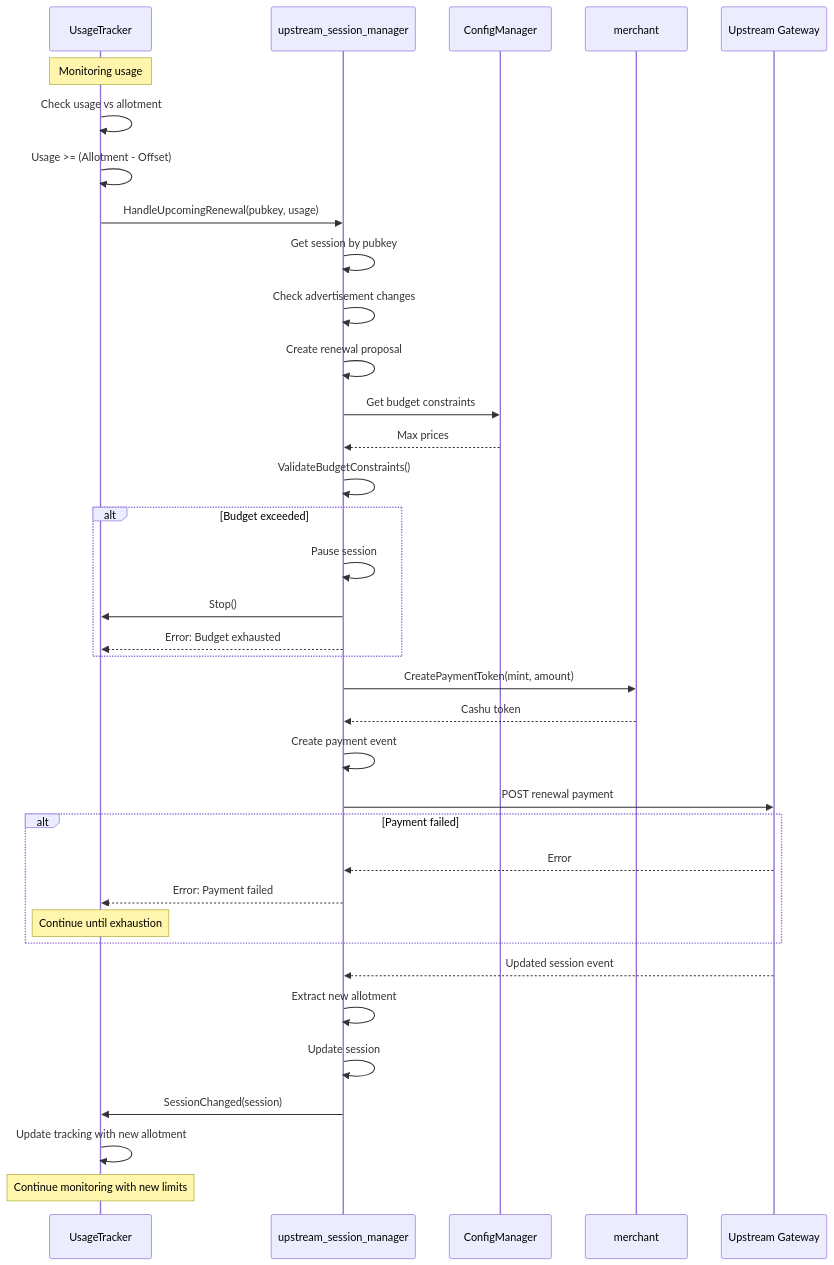
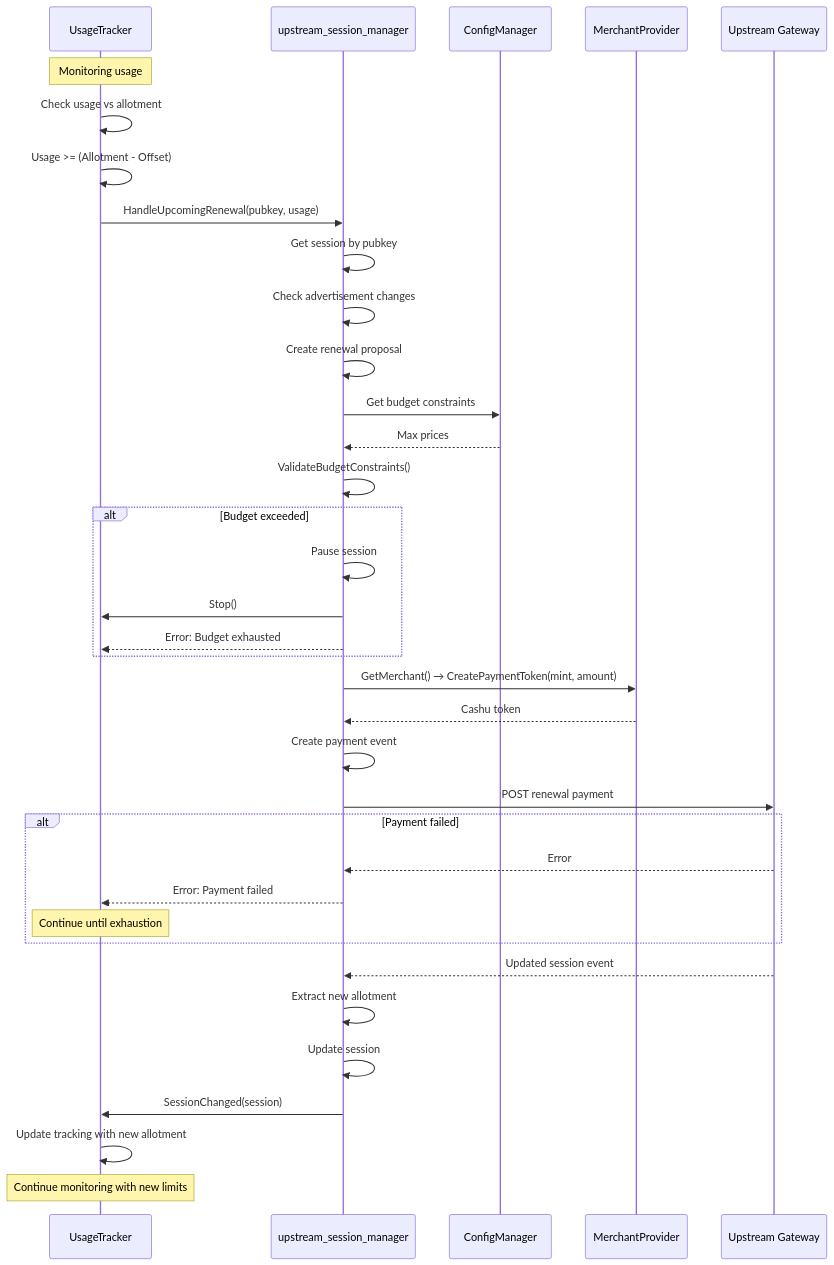
The seventh of 8 diagrams in docs/upstream_session_manager.md (OpenTollGate/tollgate-module-basic-go), drawn with Mermaid before and after one commit. The commit also changed other lines of this file and 4 other files, not shown here.

First line of the commit message:
docs: update documentation for degraded mode architecture (PRs #138-#140)

````diff
--- a/docs/upstream_session_manager.md
+++ b/docs/upstream_session_manager.md
@@ -525,48 +541,48 @@
 ```mermaid
 sequenceDiagram
     participant UT as UsageTracker
     participant CH as upstream_session_manager
     participant CFG as ConfigManager
-    participant MR as merchant
+    participant MP as MerchantProvider
     participant GW as Upstream Gateway
     
     Note over UT: Monitoring usage
     UT->>UT: Check usage vs allotment
     UT->>UT: Usage >= (Allotment - Offset)
     
     UT->>CH: HandleUpcomingRenewal(pubkey, usage)
     CH->>CH: Get session by pubkey
     CH->>CH: Check advertisement changes
     
     CH->>CH: Create renewal proposal
     CH->>CFG: Get budget constraints
     CFG-->>CH: Max prices
     CH->>CH: ValidateBudgetConstraints()
     
     alt Budget exceeded
         CH->>CH: Pause session
         CH->>UT: Stop()
         CH-->>UT: Error: Budget exhausted
     end
     
-    CH->>MR: CreatePaymentToken(mint, amount)
-    MR-->>CH: Cashu token
+    CH->>MP: GetMerchant() → CreatePaymentToken(mint, amount)
+    MP-->>CH: Cashu token
     
     CH->>CH: Create payment event
     CH->>GW: POST renewal payment
     
     alt Payment failed
         GW-->>CH: Error
         CH-->>UT: Error: Payment failed
         Note over UT: Continue until exhaustion
     end
     
     GW-->>CH: Updated session event
     CH->>CH: Extract new allotment
     
     CH->>CH: Update session
     CH->>UT: SessionChanged(session)
     UT->>UT: Update tracking with new allotment
     
     Note over UT: Continue monitoring with new limits
 ```
````
